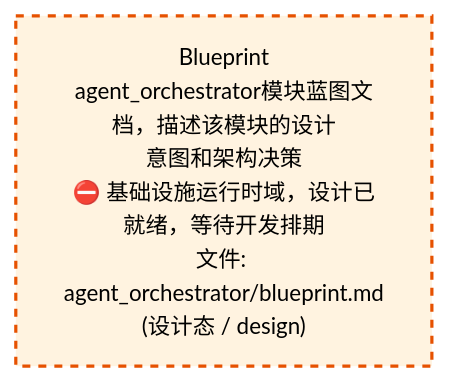
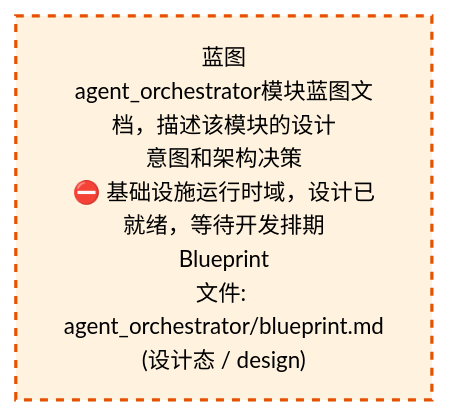
Before and after one commit to xuanFelixVan/ZephyrAlpha: the third of 4 diagrams in docs/02_enterprise_architecture/02_domain_architecture_docs/06_d_infra_runtime.md, drawn with Mermaid. The commit also changed other lines of this file and 56 other files, not shown here.

````diff
--- a/docs/02_enterprise_architecture/02_domain_architecture_docs/06_d_infra_runtime.md
+++ b/docs/02_enterprise_architecture/02_domain_architecture_docs/06_d_infra_runtime.md
@@ -1114,10 +1099,10 @@
 ```mermaid
 %%{init: {'theme': 'base', 'themeVariables': {'primaryColor': '#eaeaea', 'primaryTextColor': '#333333', 'primaryBorderColor': '#666666', 'lineColor': '#666666', 'secondaryColor': '#eaeaea', 'tertiaryColor': '#eaeaea', 'fontSize': '14px'}}}%%
 flowchart TD
-    docs_03_modules_cross_layer_agent_orchestrator_blueprint_md["Blueprint<br/>agent_orchestrator模块蓝图文档，描述该模块的设计<br/>意图和架构决策<br/>⛔ 基础设施运行时域，设计已就绪，等待开发排期<br/>文件: agent_orchestrator/blueprint.md<br/>(设计态 / design)"]
+    docs_03_modules_cross_layer_agent_orchestrator_blueprint_md["蓝图<br/>agent_orchestrator模块蓝图文档，描述该模块的设计<br/>意图和架构决策<br/>⛔ 基础设施运行时域，设计已就绪，等待开发排期<br/>Blueprint<br/>文件: agent_orchestrator/blueprint.md<br/>(设计态 / design)"]
     classDef production fill:#e1f5fe,stroke:#01579b,stroke-width:2px,color:#000
     classDef design fill:#fff3e0,stroke:#e65100,stroke-width:2px,color:#000,stroke-dasharray: 5 5
     classDef external_prod fill:#e8f4fd,stroke:#0277bd,stroke-width:1px,color:#000
     classDef external_design fill:#fff8e7,stroke:#ef6c00,stroke-width:1px,color:#000,stroke-dasharray: 5 5
     class docs_03_modules_cross_layer_agent_orchestrator_blueprint_md design
 ```
````
